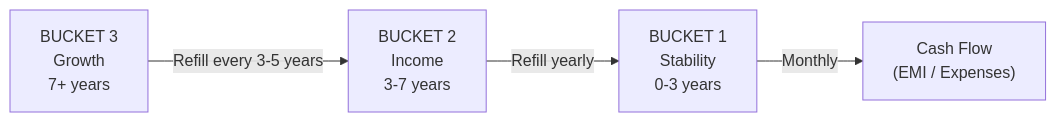
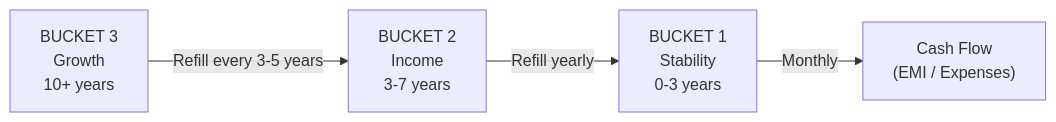
One commit to naren-m/literature-notes changed the first of 3 diagrams in finances/three_bucket_investment_strategy.md. Above: the diagram before and after it, drawn with Mermaid. The commit also changed other lines of this file, not shown here.

````diff
--- a/finances/three_bucket_investment_strategy.md
+++ b/finances/three_bucket_investment_strategy.md
@@ -38,6 +38,6 @@
 ```mermaid
 flowchart LR
-    B3["BUCKET 3<br/>Growth<br/>7+ years"] -->|"Refill every 3-5 years"| B2["BUCKET 2<br/>Income<br/>3-7 years"]
+    B3["BUCKET 3<br/>Growth<br/>10+ years"] -->|"Refill every 3-5 years"| B2["BUCKET 2<br/>Income<br/>3-7 years"]
     B2 -->|"Refill yearly"| B1["BUCKET 1<br/>Stability<br/>0-3 years"]
     B1 -->|"Monthly"| OUT["Cash Flow<br/>(EMI / Expenses)"]
 ```
````
